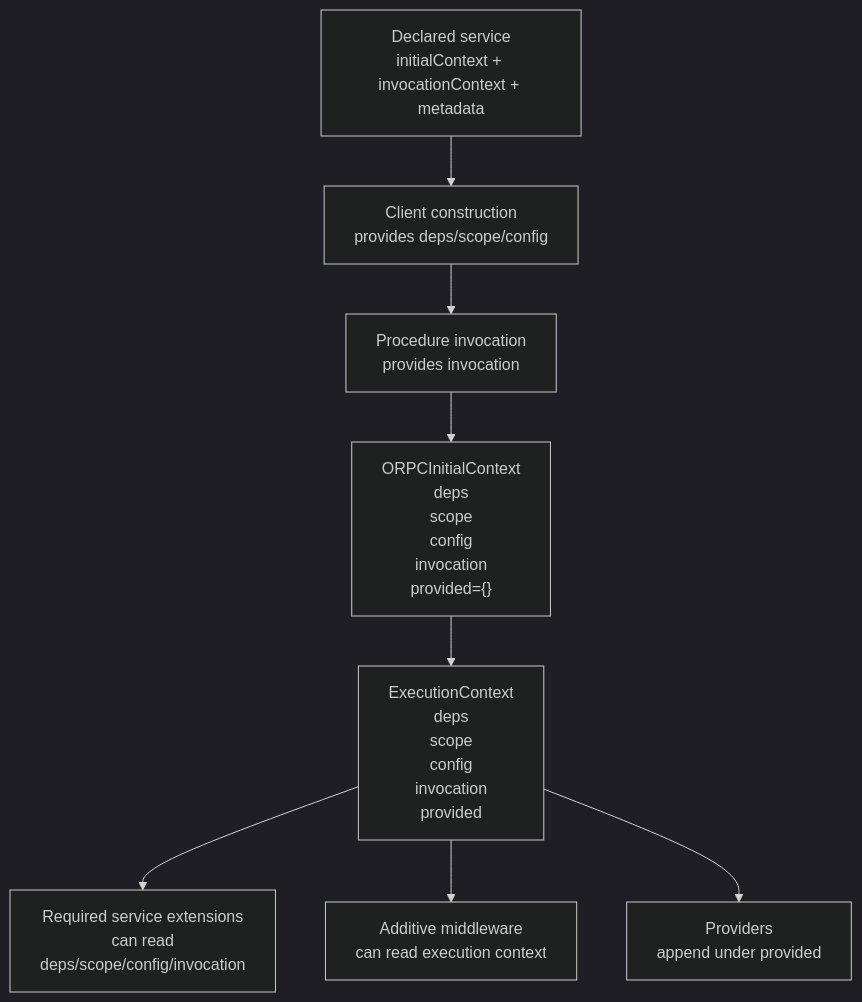
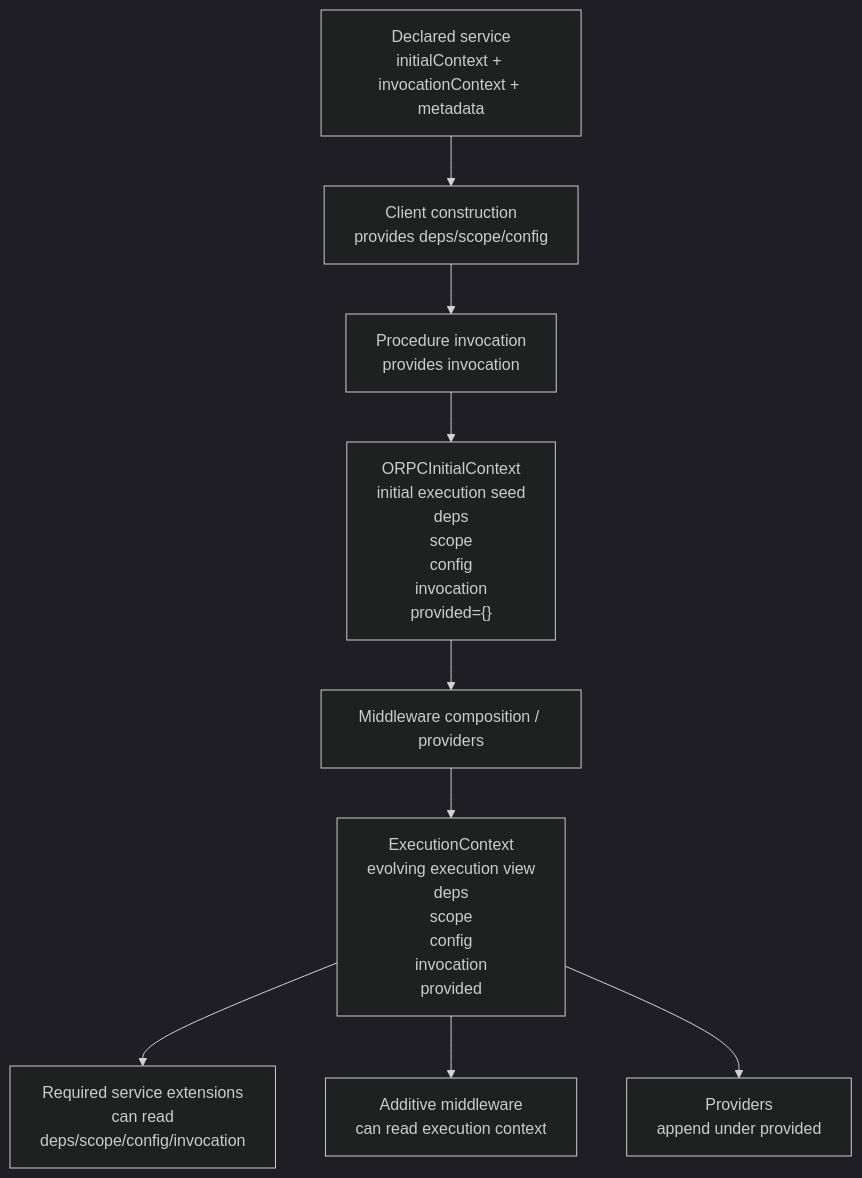
The diagram in docs/projects/orpc-ingest-domain-packages/SERVICE_CONTEXT_SEMANTICS_MINI_SPEC.md (rawr-ai/rawr-hq-template), drawn with Mermaid (dark theme) before and after one commit. The commit also changed other lines of this file, not shown here.

Commit message:
docs(example-todo): clarify initial vs evolving execution context

````diff
--- a/docs/projects/orpc-ingest-domain-packages/SERVICE_CONTEXT_SEMANTICS_MINI_SPEC.md
+++ b/docs/projects/orpc-ingest-domain-packages/SERVICE_CONTEXT_SEMANTICS_MINI_SPEC.md
@@ -612,10 +616,11 @@
 ```mermaid
 flowchart TD
   A["Declared service\ninitialContext + invocationContext + metadata"] --> B["Client construction\nprovides deps/scope/config"]
   B --> C["Procedure invocation\nprovides invocation"]
-  C --> D["ORPCInitialContext\n deps\n scope\n config\n invocation\n provided={}"]
-  D --> E["ExecutionContext\n deps\n scope\n config\n invocation\n provided"]
-  E --> F["Required service extensions\n can read deps/scope/config/invocation"]
-  E --> G["Additive middleware\n can read execution context"]
-  E --> H["Providers\n append under provided"]
+  C --> D["ORPCInitialContext\n initial execution seed\n deps\n scope\n config\n invocation\n provided={}"]
+  D --> E["Middleware composition / providers"]
+  E --> F["ExecutionContext\n evolving execution view\n deps\n scope\n config\n invocation\n provided"]
+  F --> G["Required service extensions\n can read deps/scope/config/invocation"]
+  F --> H["Additive middleware\n can read execution context"]
+  F --> I["Providers\n append under provided"]
 ```
````
